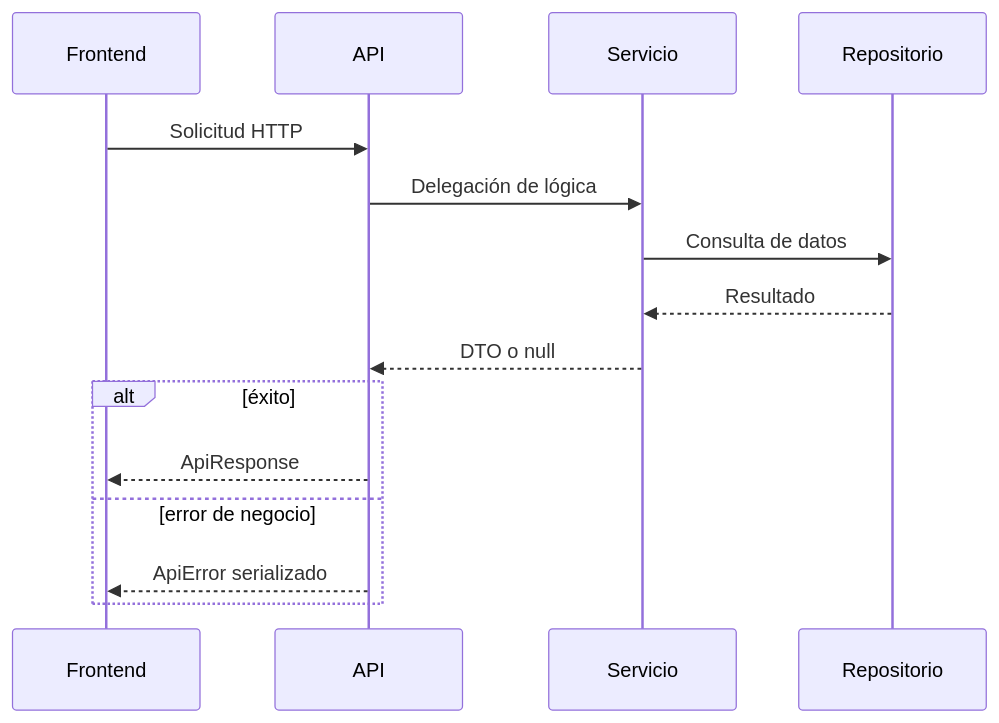
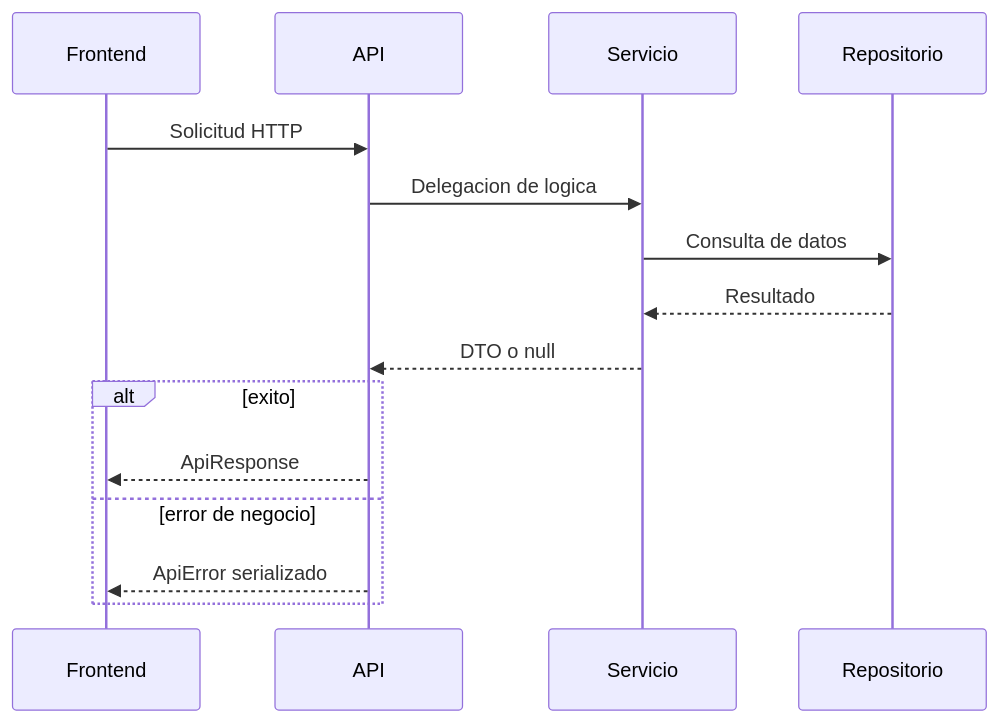
The third of 3 diagrams in docs-engineering/api/estado-api.md (GRAN-J/sportmetric), drawn with Mermaid before and after one commit. The commit also changed other lines of this file and 53 other files, not shown here.

````diff
--- a/docs-engineering/api/estado-api.md
+++ b/docs-engineering/api/estado-api.md
@@ -135,18 +153,18 @@
 ```mermaid
 sequenceDiagram
     participant F as Frontend
     participant A as API
     participant S as Servicio
     participant R as Repositorio
 
     F->>A: Solicitud HTTP
-    A->>S: Delegación de lógica
+    A->>S: Delegacion de logica
     S->>R: Consulta de datos
     R-->>S: Resultado
     S-->>A: DTO o null
-    alt éxito
+    alt exito
         A-->>F: ApiResponse
     else error de negocio
         A-->>F: ApiError serializado
     end
 ```
````
